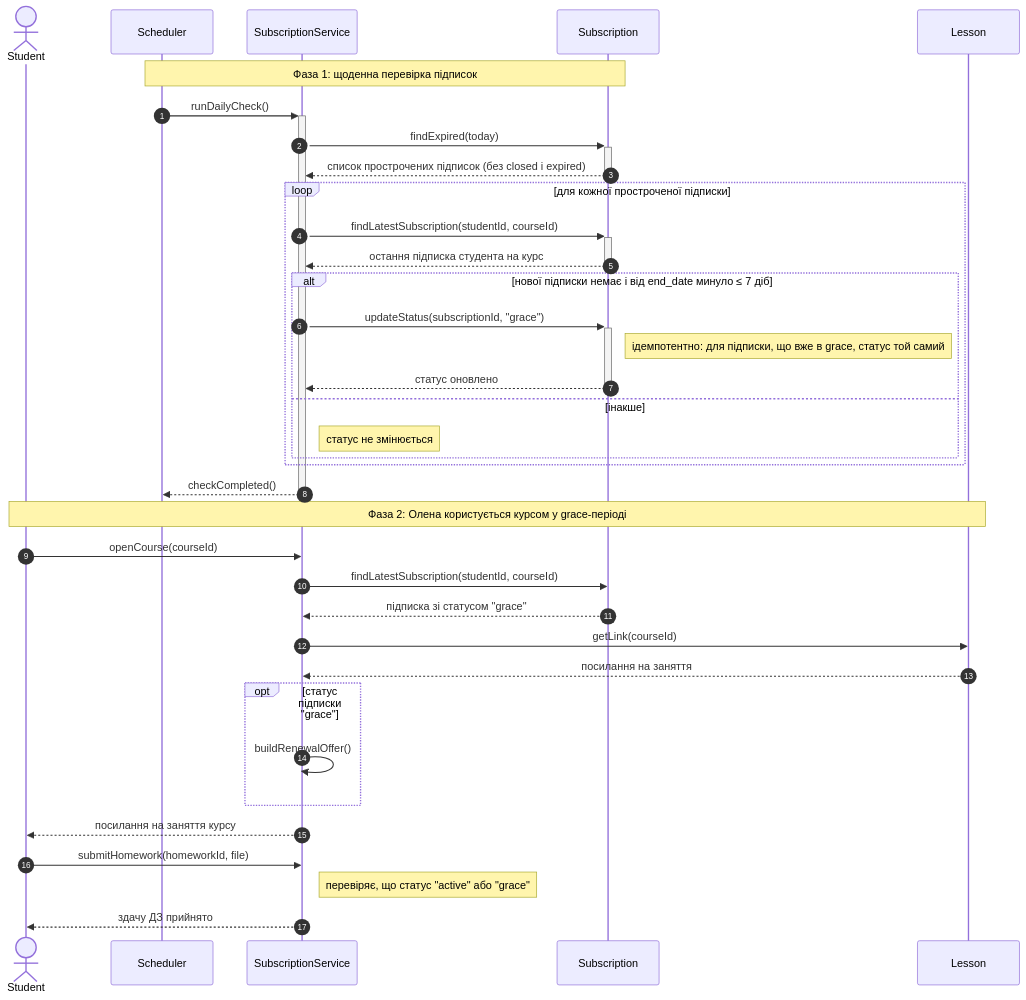
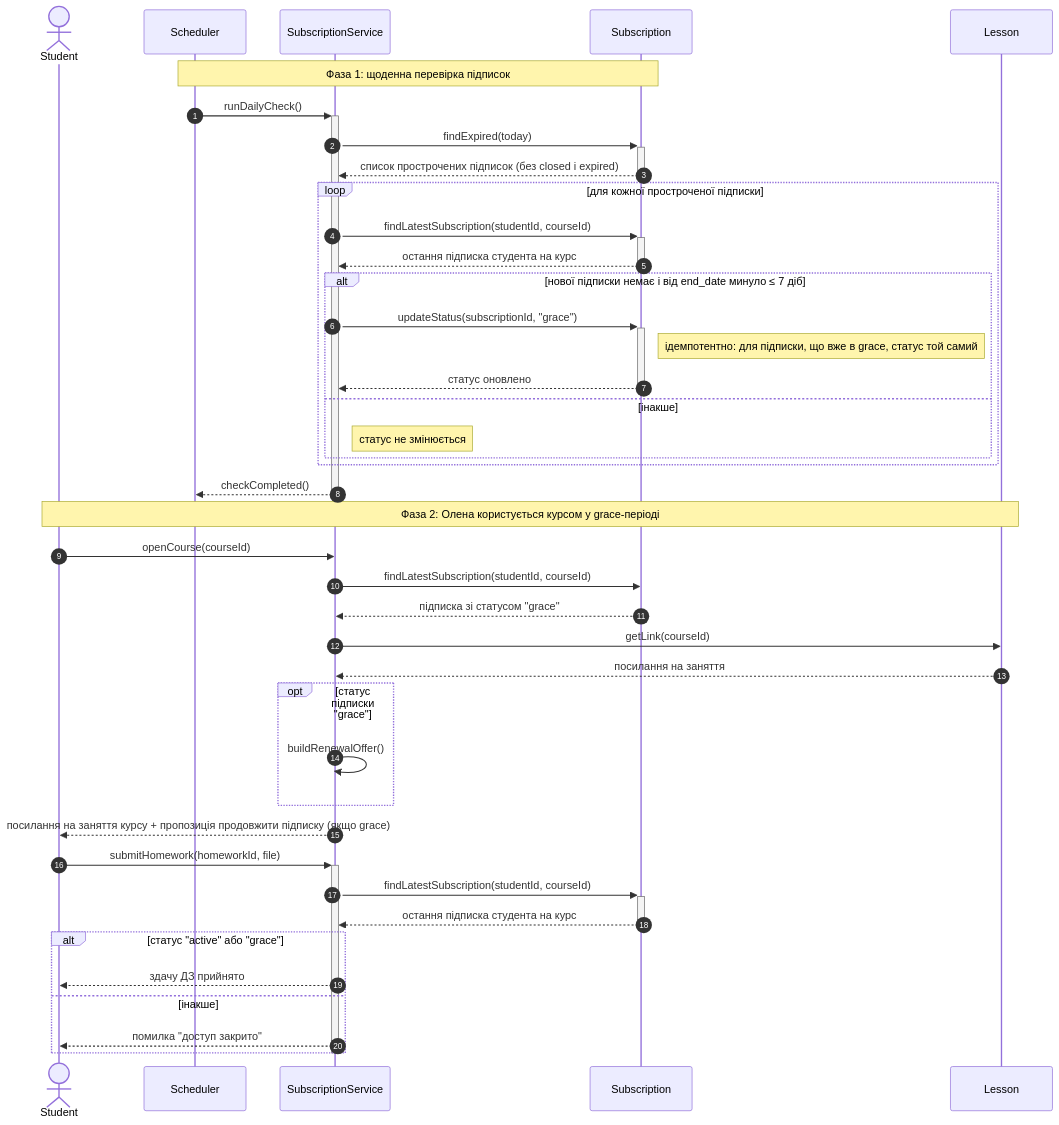
The diagram in Sequence Diagram/diagram-req-31.mmd (grmaryna/MathHub), drawn with Mermaid before and after one commit. The commit also changed 1 other file, not shown here.

Commit message:
додано виклик findLatestSubscription

```diff
--- a/Sequence Diagram/diagram-req-31.mmd
+++ b/Sequence Diagram/diagram-req-31.mmd
@@ -1,45 +1,52 @@
 sequenceDiagram
     autonumber
     actor Student
     participant Scheduler
     participant SubscriptionService
     participant Subscription
     participant Lesson
 
     Note over Scheduler,Subscription: Фаза 1: щоденна перевірка підписок
 
     Scheduler->>+SubscriptionService: runDailyCheck()
     SubscriptionService->>+Subscription: findExpired(today)
     Subscription-->>-SubscriptionService: список прострочених підписок (без closed і expired)
 
     loop для кожної простроченої підписки
         SubscriptionService->>+Subscription: findLatestSubscription(studentId, courseId)
         Subscription-->>-SubscriptionService: остання підписка студента на курс
 
         alt нової підписки немає і від end_date минуло ≤ 7 діб
             SubscriptionService->>+Subscription: updateStatus(subscriptionId, "grace")
             Note right of Subscription: ідемпотентно: для підписки, що вже в grace, статус той самий
             Subscription-->>-SubscriptionService: статус оновлено
         else інакше
             Note right of SubscriptionService: статус не змінюється
         end
     end
     SubscriptionService-->>-Scheduler: checkCompleted()
 
     Note over Student,Lesson: Фаза 2: Олена користується курсом у grace-періоді
 
     Student->>SubscriptionService: openCourse(courseId)
     SubscriptionService->>Subscription: findLatestSubscription(studentId, courseId)
     Subscription-->>SubscriptionService: підписка зі статусом "grace"
     SubscriptionService->>Lesson: getLink(courseId)
     Lesson-->>SubscriptionService: посилання на заняття
-    
+
     opt статус підписки "grace"
         SubscriptionService->>SubscriptionService: buildRenewalOffer()
     end
 
-    SubscriptionService-->>Student: посилання на заняття курсу
+    SubscriptionService-->>Student: посилання на заняття курсу + пропозиція продовжити підписку (якщо grace)
 
-    Student->>SubscriptionService: submitHomework(homeworkId, file)
-    Note right of SubscriptionService: перевіряє, що статус "active" або "grace"
-    SubscriptionService-->>Student: здачу ДЗ прийнято
+    Student->>+SubscriptionService: submitHomework(homeworkId, file)
+    SubscriptionService->>+Subscription: findLatestSubscription(studentId, courseId)
+    Subscription-->>-SubscriptionService: остання підписка студента на курс
+
+    alt статус "active" або "grace"
+        SubscriptionService-->>Student: здачу ДЗ прийнято
+    else інакше
+        SubscriptionService-->>Student: помилка "доступ закрито"
+    end
+    deactivate SubscriptionService
```
